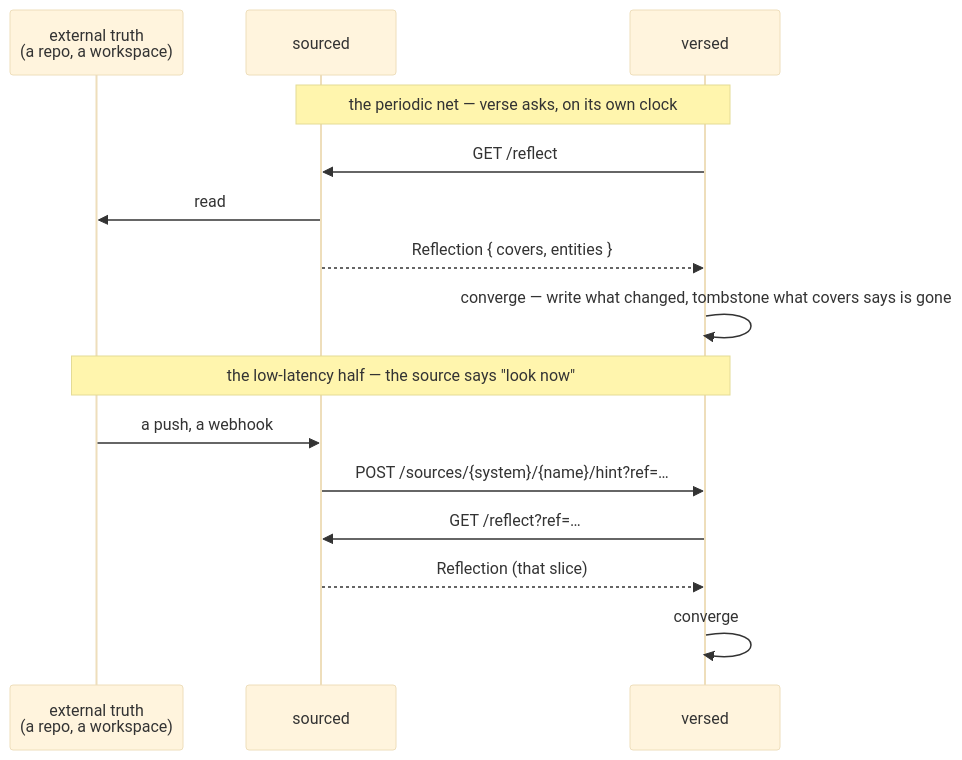
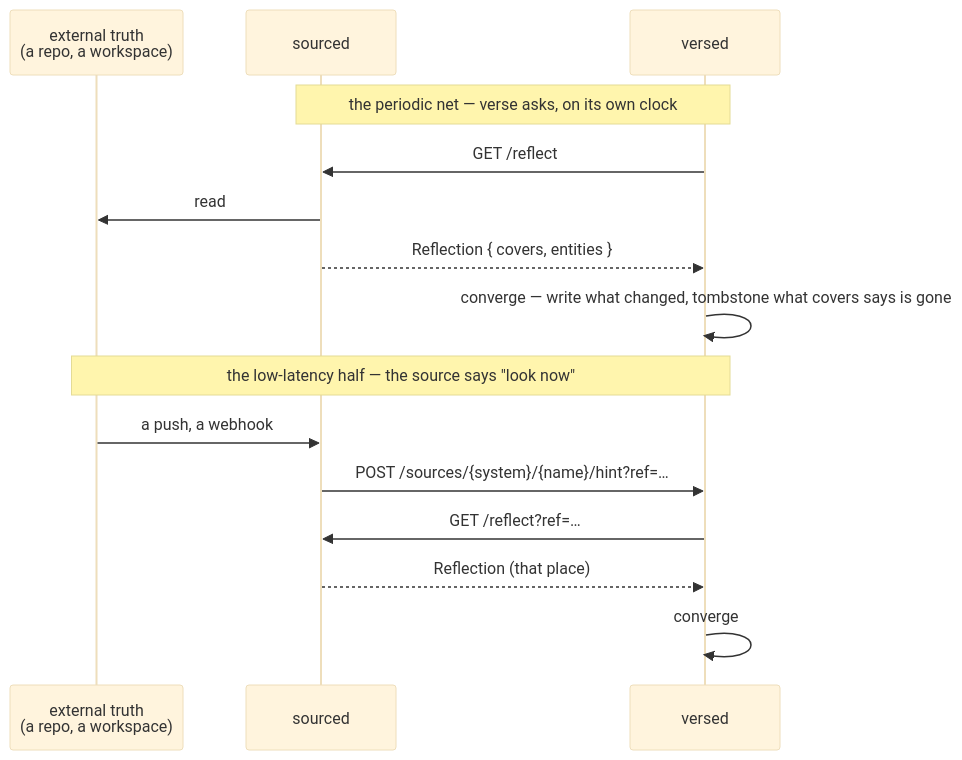
Before and after one commit to signadot/viff: the fourth of 4 diagrams in docs/seams.md, drawn with Mermaid (base theme). The commit also changed other lines of this file and 186 other files, not shown here.

````diff
--- a/docs/seams.md
+++ b/docs/seams.md
@@ -240,19 +240,19 @@
 ```mermaid
 sequenceDiagram
   participant X as external truth<br/>(a repo, a workspace)
   participant Src as sourced
   participant V as versed
 
   Note over V,Src: the periodic net — verse asks, on its own clock
   V->>Src: GET /reflect
   Src->>X: read
   Src-->>V: Reflection { covers, entities }
   V->>V: converge — write what changed, tombstone what covers says is gone
 
   Note over X,V: the low-latency half — the source says "look now"
   X->>Src: a push, a webhook
   Src->>V: POST /sources/{system}/{name}/hint?ref=…
   V->>Src: GET /reflect?ref=…
-  Src-->>V: Reflection (that slice)
+  Src-->>V: Reflection (that place)
   V->>V: converge
 ```
````
